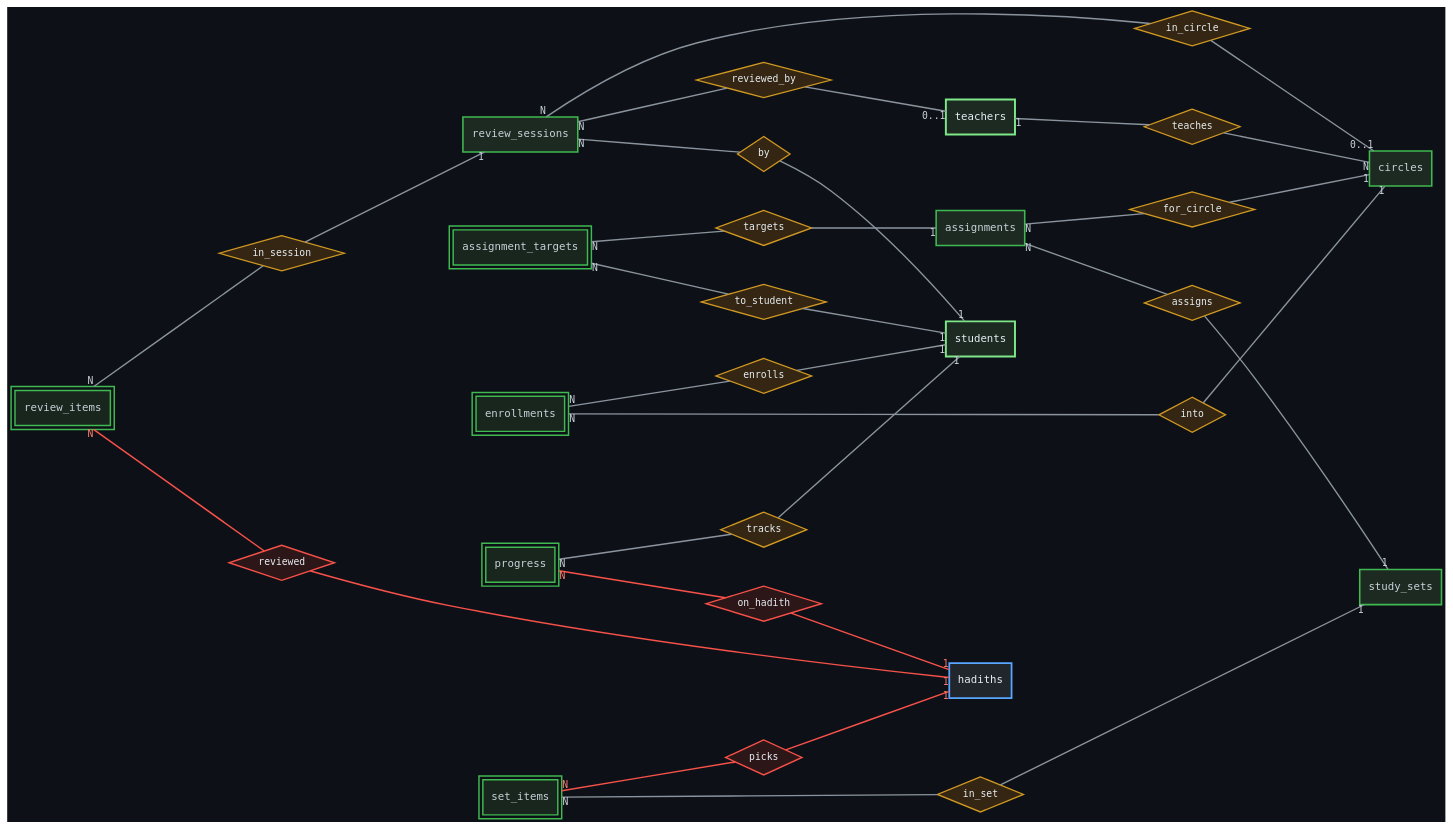
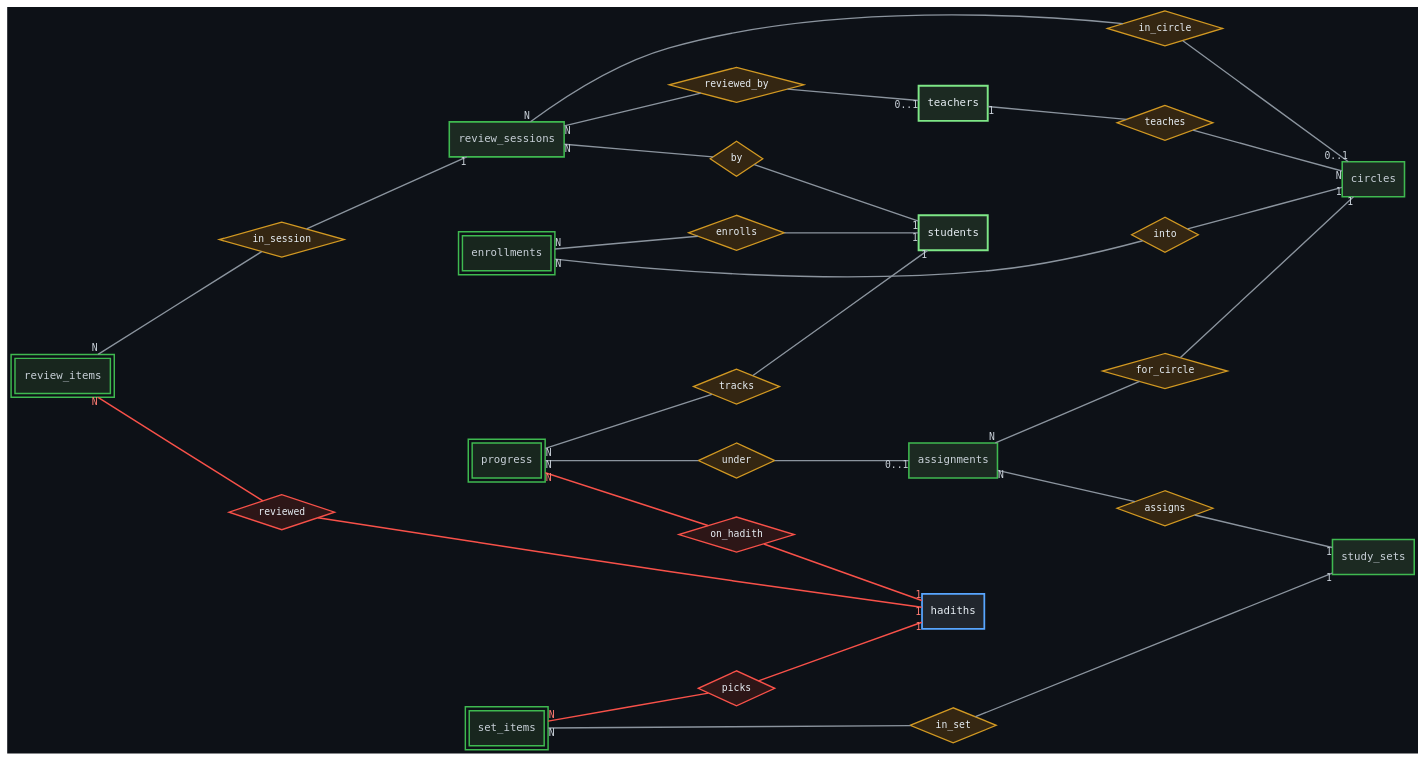
Before and after one commit to Kamrulhasan12345/ilham: the diagram in docs/erd/plain/06_app_study.dot, drawn with Graphviz. The commit also changed 53 other files, not shown here.

First line of the commit message:
fix: make the schema loadable and correct the study-layer model

```diff
--- a/docs/erd/plain/06_app_study.dot
+++ b/docs/erd/plain/06_app_study.dot
@@ -1,54 +1,52 @@
 graph app_study_plain {
   rankdir=LR;
   bgcolor="#0D1117";
   splines=spline;
   overlap=false;
   nodesep=0.55;
   ranksep=1.5;
   node [fontname="DejaVu Sans Mono", fontsize=11, fontcolor="#C9D1D9"];
   edge [fontname="DejaVu Sans Mono", fontsize=10, color="#8B949E", fontcolor="#C9D1D9", penwidth=1.4];
 
   node [shape=box, style="filled,bold", penwidth=2, fillcolor="#1C2A22", color="#7EE787", fontcolor="#E6EDF3"];
   teachers; students;
 
   node [shape=box, style="filled,bold", penwidth=1.6, fillcolor="#1C2A22", color="#3FB950", fontcolor="#C9D1D9"];
   circles; study_sets; assignments; review_sessions;
 
   node [shape=box, peripheries=2, style="filled,bold", penwidth=1.5, fillcolor="#18261E", color="#3FB950"];
-  enrollments; set_items; assignment_targets; progress; review_items;
+  enrollments; set_items; progress; review_items;
 
   node [shape=box, peripheries=1, style="filled,bold", penwidth=1.8, fillcolor="#21262D", color="#58A6FF", fontcolor="#E6EDF3"];
   hadiths;
 
   node [shape=diamond, style="filled", fillcolor="#342612", color="#D29922", penwidth=1.3, fontsize=10, fontcolor="#E6EDF3"];
   r_teaches [label="teaches"];
   r_enr_circ [label="into"]; r_enr_stu [label="enrolls"];
   r_setitem_set [label="in_set"];
   r_asg_circ [label="for_circle"]; r_asg_set [label="assigns"];
-  r_tgt_asg [label="targets"]; r_tgt_stu [label="to_student"];
-  r_prog_stu [label="tracks"];
+  r_prog_stu [label="tracks"]; r_prog_asg [label="under"];
   r_rs_stu [label="by"]; r_rs_rev [label="reviewed_by"]; r_rs_circ [label="in_circle"];
   r_ri_sess [label="in_session"];
 
   teachers -- r_teaches [taillabel="1"]; r_teaches -- circles [headlabel="N"];
   enrollments -- r_enr_circ [taillabel="N"]; r_enr_circ -- circles  [headlabel="1"];
   enrollments -- r_enr_stu  [taillabel="N"]; r_enr_stu  -- students [headlabel="1"];
   set_items -- r_setitem_set [taillabel="N"]; r_setitem_set -- study_sets [headlabel="1"];
   assignments -- r_asg_circ [taillabel="N"]; r_asg_circ -- circles [headlabel="1"];
   assignments -- r_asg_set  [taillabel="N"]; r_asg_set  -- study_sets [headlabel="1"];
-  assignment_targets -- r_tgt_asg [taillabel="N"]; r_tgt_asg -- assignments [headlabel="1"];
-  assignment_targets -- r_tgt_stu [taillabel="N"]; r_tgt_stu -- students [headlabel="1"];
   progress -- r_prog_stu [taillabel="N"]; r_prog_stu -- students [headlabel="1"];
+  progress -- r_prog_asg [taillabel="N"]; r_prog_asg -- assignments [headlabel="0..1"];
   review_sessions -- r_rs_stu  [taillabel="N"]; r_rs_stu  -- students [headlabel="1"];
   review_sessions -- r_rs_rev  [taillabel="N"]; r_rs_rev  -- teachers [headlabel="0..1"];
   review_sessions -- r_rs_circ [taillabel="N"]; r_rs_circ -- circles  [headlabel="0..1"];
   review_items -- r_ri_sess [taillabel="N"]; r_ri_sess -- review_sessions [headlabel="1"];
 
   node [shape=diamond, style="filled", fillcolor="#2D1617", color="#F85149", penwidth=1.4, fontsize=10, fontcolor="#E6EDF3"];
   r_setitem_had [label="picks"]; r_prog_had [label="on_hadith"]; r_ri_had [label="reviewed"];
 
   edge [color="#F85149", fontcolor="#FF7B72", penwidth=1.5];
   set_items    -- r_setitem_had [taillabel="N"]; r_setitem_had -- hadiths [headlabel="1"];
   progress     -- r_prog_had    [taillabel="N"]; r_prog_had    -- hadiths [headlabel="1"];
   review_items -- r_ri_had      [taillabel="N"]; r_ri_had      -- hadiths [headlabel="1"];
 }
```
